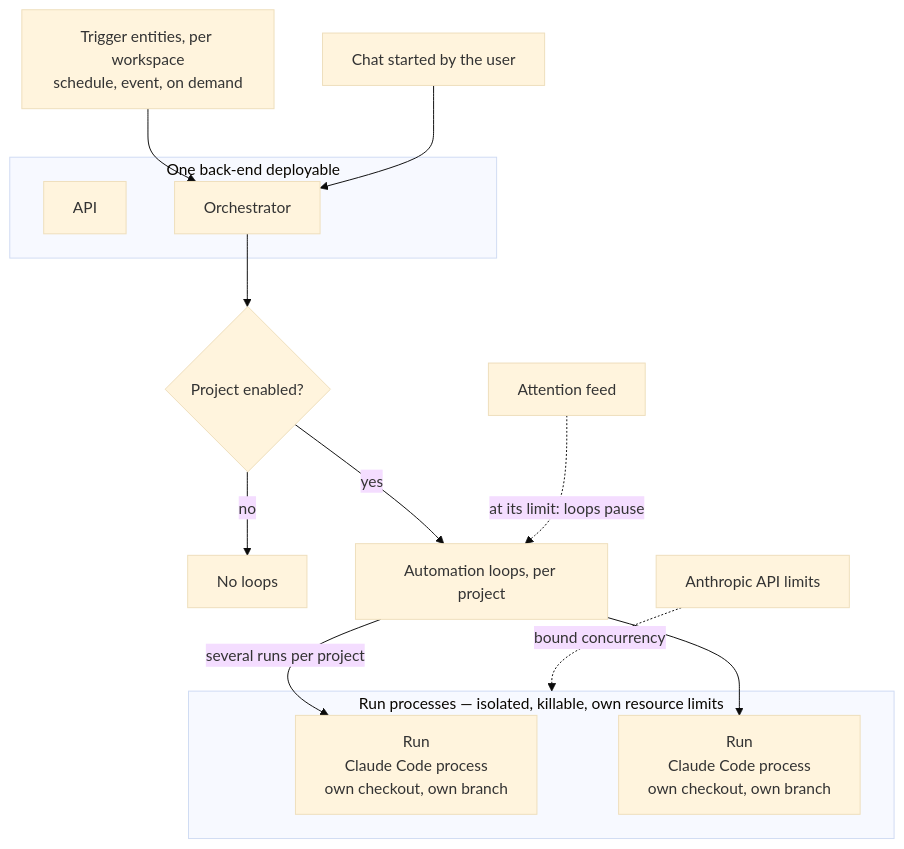
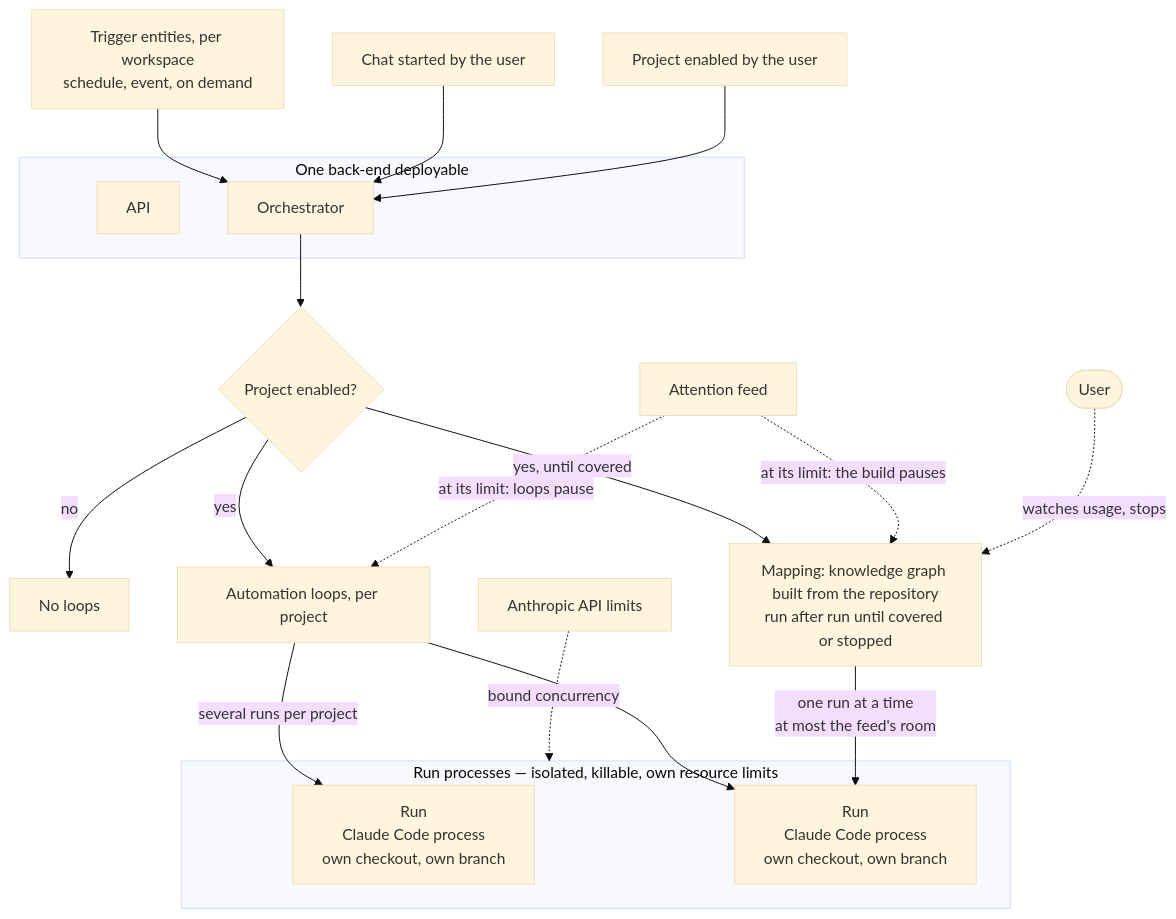
One commit to Aleksander1111/momentum changed the diagram in docs/diagrams/05-orchestrator.md. Above: the diagram before and after it, drawn with Mermaid (base theme). The commit also changed 21 other files, not shown here.

First line of the commit message:
Build the knowledge graph when a project is enabled

````diff
--- a/docs/diagrams/05-orchestrator.md
+++ b/docs/diagrams/05-orchestrator.md
@@ -5,27 +5,34 @@
 ```mermaid
 flowchart TB
   Trig["Trigger entities, per workspace<br/>schedule, event, on demand"]
   Demand["Chat started by the user"]
+  Enable["Project enabled by the user"]
   subgraph Backend["One back-end deployable"]
     API["API"]
     Orch["Orchestrator"]
   end
   Enabled{"Project enabled?"}
   NoLoops["No loops"]
   Loops["Automation loops, per project"]
+  Mapping["Mapping: knowledge graph built from the repository<br/>run after run until covered or stopped"]
   subgraph Procs["Run processes — isolated, killable, own resource limits"]
     R1["Run<br/>Claude Code process<br/>own checkout, own branch"]
     R2["Run<br/>Claude Code process<br/>own checkout, own branch"]
   end
   Feed["Attention feed"]
   Limits["Anthropic API limits"]
   Trig --> Orch
   Demand --> Orch
+  Enable --> Orch
   Orch --> Enabled
   Enabled -->|"no"| NoLoops
   Enabled -->|"yes"| Loops
+  Enabled -->|"yes, until covered"| Mapping
   Loops -->|"several runs per project"| R1
   Loops --> R2
+  Mapping -->|"one run at a time<br/>at most the feed's room"| R2
   Limits -. "bound concurrency" .-> Procs
   Feed -. "at its limit: loops pause" .-> Loops
+  Feed -. "at its limit: the build pauses" .-> Mapping
+  User(["User"]) -. "watches usage, stops" .-> Mapping
 ```
````
